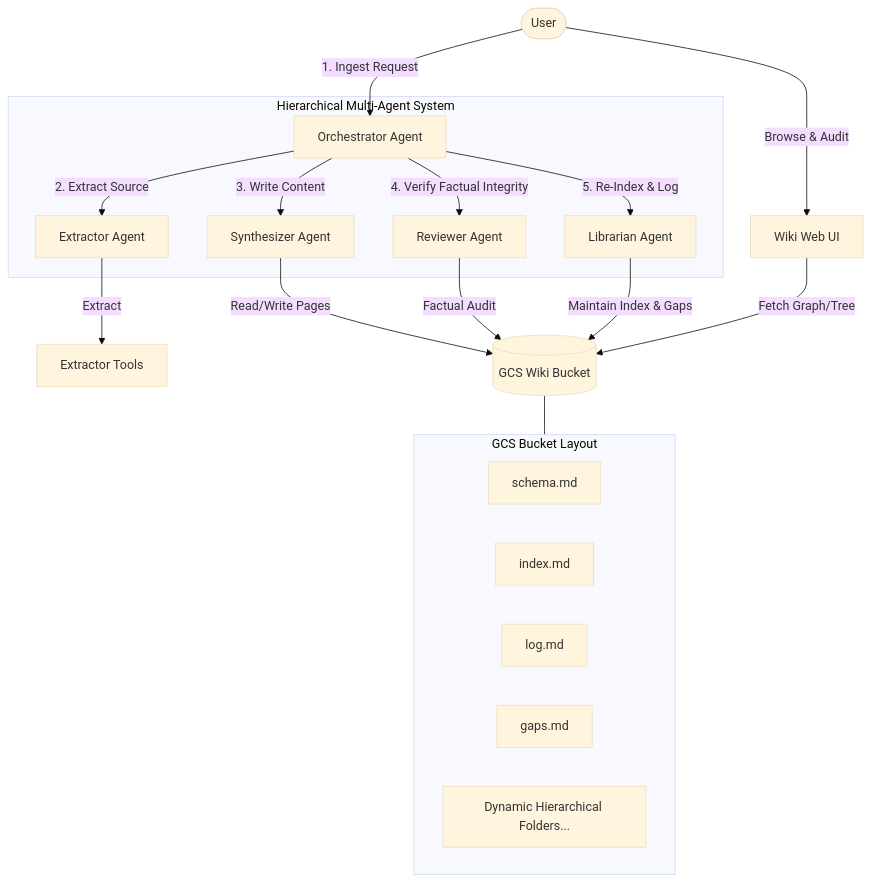
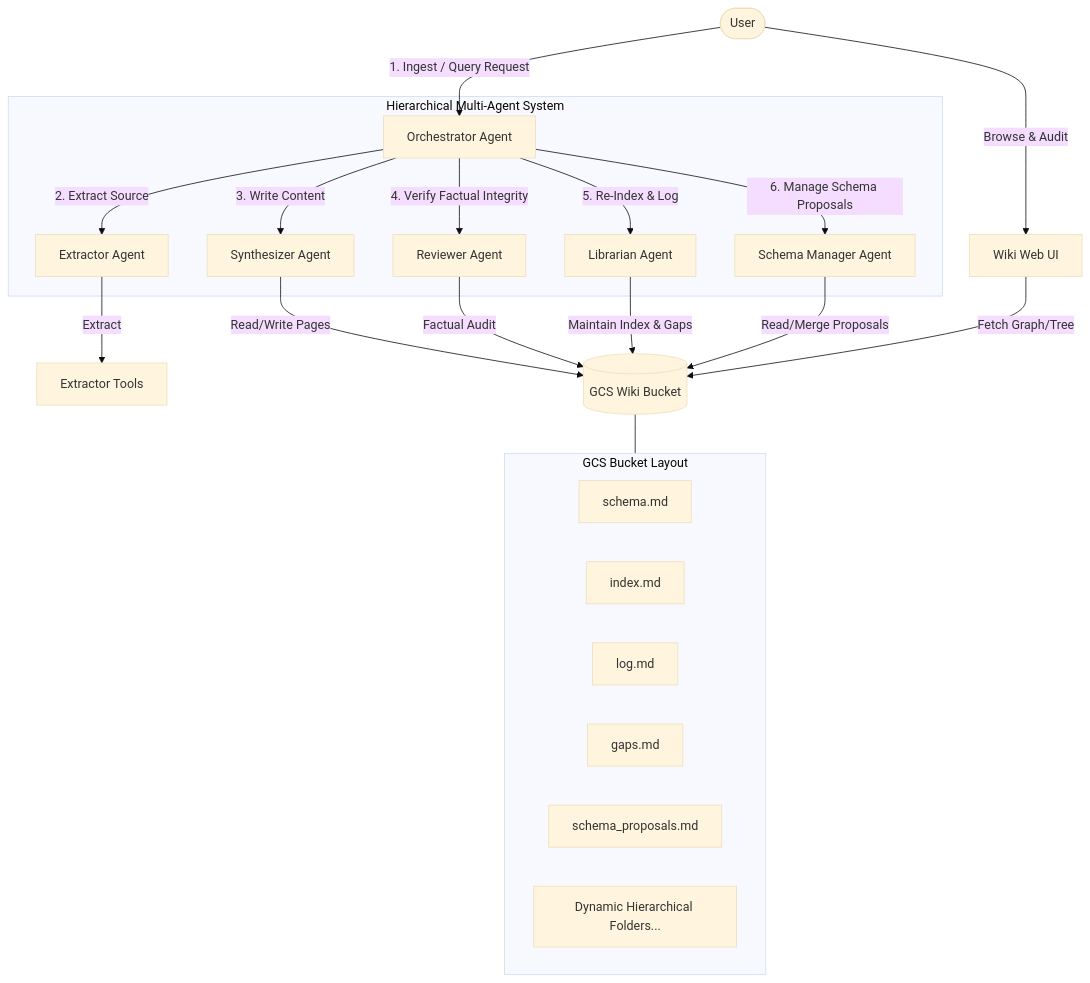
The first of 3 diagrams in README.md (aagardezi/agentwiki-adk), drawn with Mermaid (base theme) before and after one commit. The commit also changed other lines of this file, not shown here.

Commit message:
docs: add Schema Manager Agent description, workflow sequences, and directory updates to README

````diff
--- a/README.md
+++ b/README.md
@@ -44,29 +45,32 @@
 ```mermaid
 graph TD
-    User([User]) -->|1. Ingest Request| Orch[Orchestrator Agent]
+    User([User]) -->|1. Ingest / Query Request| Orch[Orchestrator Agent]
     User -->|Browse & Audit| UI[Wiki Web UI]
 
     subgraph multi_agent ["Hierarchical Multi-Agent System"]
         Orch -->|2. Extract Source| Ext[Extractor Agent]
         Orch -->|3. Write Content| Synth[Synthesizer Agent]
         Orch -->|4. Verify Factual Integrity| Rev[Reviewer Agent]
         Orch -->|5. Re-Index & Log| Lib[Librarian Agent]
+        Orch -->|6. Manage Schema Proposals| SchemaMgr[Schema Manager Agent]
     end
 
     Ext -->|Extract| ExtTools[Extractor Tools]
     Synth -->|Read/Write Pages| GCS[(GCS Wiki Bucket)]
     Rev -->|Factual Audit| GCS
     Lib -->|Maintain Index & Gaps| GCS
+    SchemaMgr -->|Read/Merge Proposals| GCS
     
     UI -->|Fetch Graph/Tree| GCS
 
     subgraph gcs_bucket ["GCS Bucket Layout"]
         schema[schema.md]
         index[index.md]
         log[log.md]
         gaps[gaps.md]
+        proposals[schema_proposals.md]
         hierarchy[Dynamic Hierarchical Folders...]
     end
 
     GCS --- gcs_bucket
 ```
````
